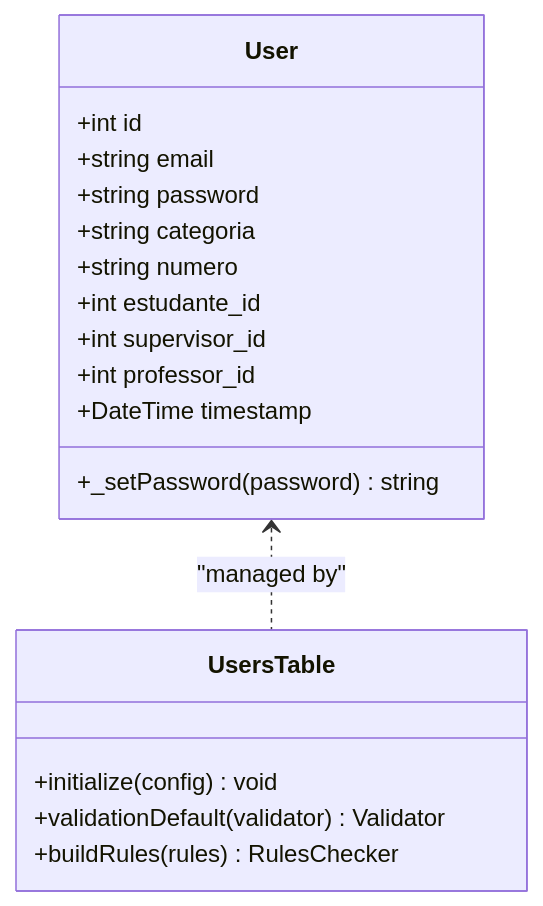
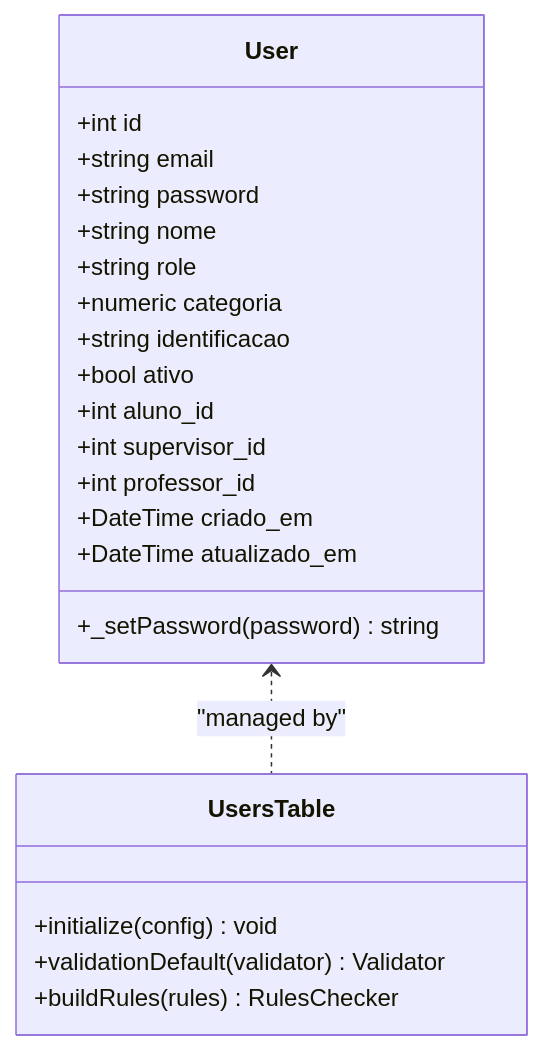
Before and after one commit to luiseduacosta/tcc4: the third of 7 diagrams in .qoder/repowiki/en/content/User Management System/User Management System.md, drawn with Mermaid. The commit also changed other lines of this file and 101 other files, not shown here.

````diff
--- a/.qoder/repowiki/en/content/User Management System/User Management System.md
+++ b/.qoder/repowiki/en/content/User Management System/User Management System.md
@@ -167,21 +180,25 @@
 ```mermaid
 classDiagram
 class User {
 +int id
 +string email
 +string password
-+string categoria
-+string numero
-+int estudante_id
++string nome
++string role
++numeric categoria
++string identificacao
++bool ativo
++int aluno_id
 +int supervisor_id
 +int professor_id
-+DateTime timestamp
++DateTime criado_em
++DateTime atualizado_em
 +_setPassword(password) string
 }
 class UsersTable {
 +initialize(config) void
 +validationDefault(validator) Validator
 +buildRules(rules) RulesChecker
 }
 User <.. UsersTable : "managed by"
 ```
````
